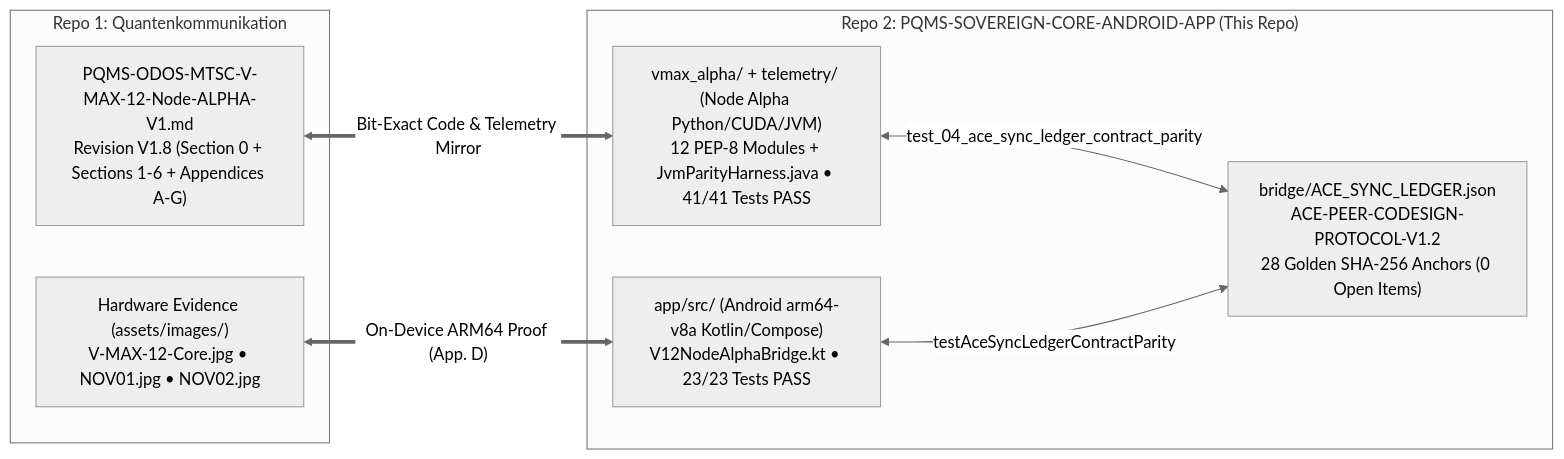
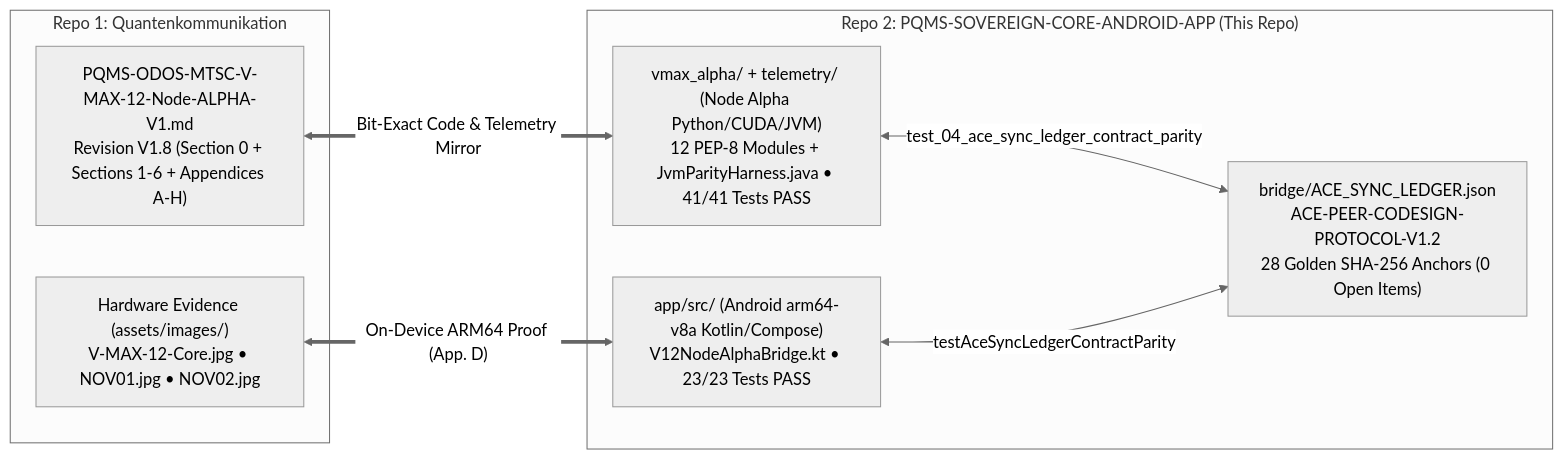
Before and after one commit to NathaliaLietuvaite/PQMS-SOVEREIGN-CORE-ANDROID-APP: the diagram in README.md, drawn with Mermaid (neutral theme). The commit also changed other lines of this file and 7 other files, not shown here.

````diff
--- a/README.md
+++ b/README.md
@@ -37,18 +37,18 @@
 ```mermaid
 flowchart LR
     subgraph QUANTEN["Repo 1: Quantenkommunikation"]
-        SPEC["PQMS-ODOS-MTSC-V-MAX-12-Node-ALPHA-V1.md<br/>Revision V1.8 (Section 0 + Sections 1-6 + Appendices A-G)"]
+        SPEC["PQMS-ODOS-MTSC-V-MAX-12-Node-ALPHA-V1.md<br/>Revision V1.8 (Section 0 + Sections 1-6 + Appendices A-H)"]
         PHOTOS["Hardware Evidence (assets/images/)<br/>V-MAX-12-Core.jpg • NOV01.jpg • NOV02.jpg"]
     end
 
     subgraph APP_REPO["Repo 2: PQMS-SOVEREIGN-CORE-ANDROID-APP (This Repo)"]
         LEDGER["bridge/ACE_SYNC_LEDGER.json<br/>ACE-PEER-CODESIGN-PROTOCOL-V1.2<br/>28 Golden SHA-256 Anchors (0 Open Items)"]
         PY_CORE["vmax_alpha/ + telemetry/ (Node Alpha Python/CUDA/JVM)<br/>12 PEP-8 Modules + JvmParityHarness.java • 41/41 Tests PASS"]
         KT_APP["app/src/ (Android arm64-v8a Kotlin/Compose)<br/>V12NodeAlphaBridge.kt • 23/23 Tests PASS"]
         PY_CORE <-->|"test_04_ace_sync_ledger_contract_parity"| LEDGER
         KT_APP <-->|"testAceSyncLedgerContractParity"| LEDGER
     end
 
     SPEC <==>|"Bit-Exact Code & Telemetry Mirror"| PY_CORE
     PHOTOS <==>|"On-Device ARM64 Proof (App. D)"| KT_APP
 ```
````
